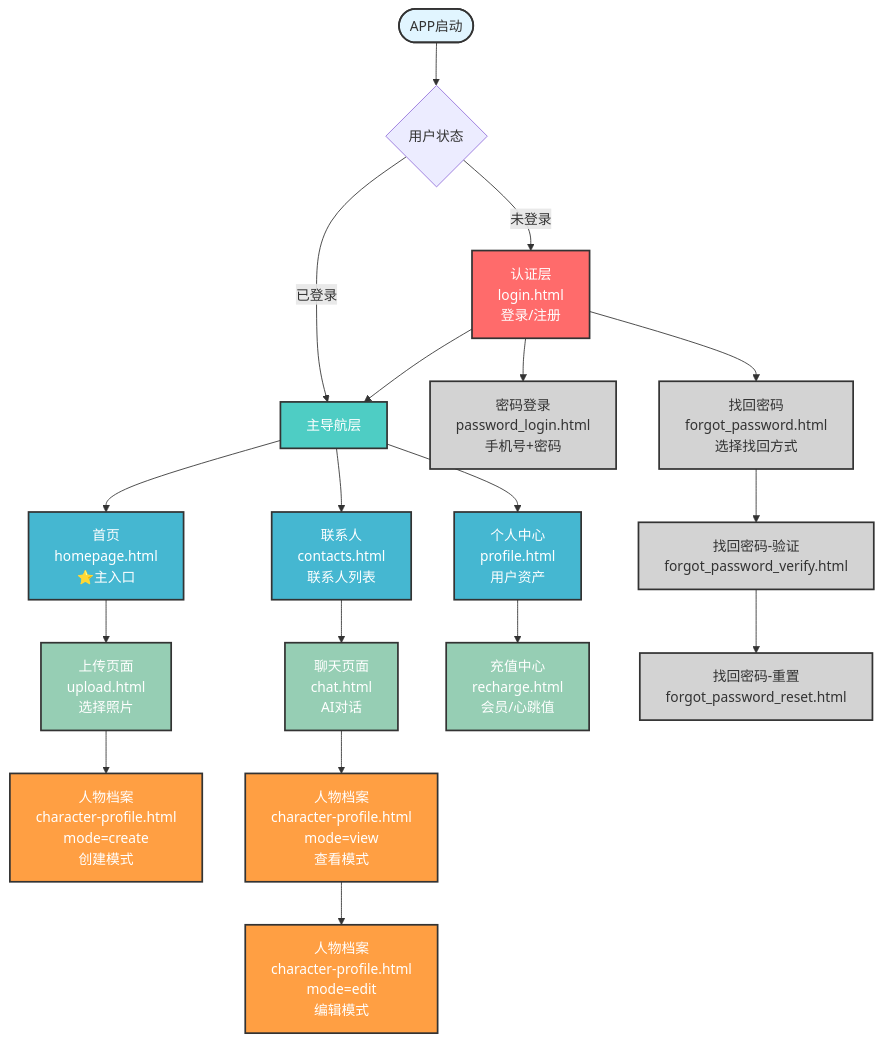
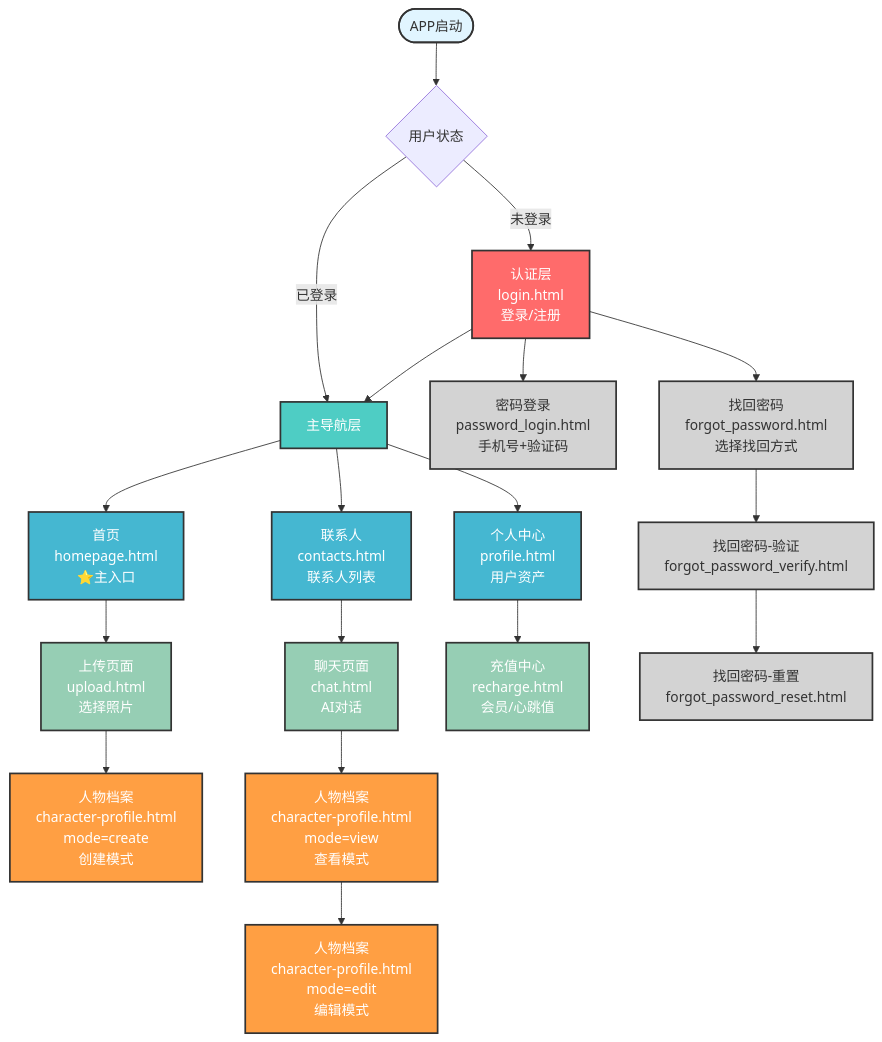
One commit to Cynthiafu9508/Yunyang changed the diagram in MVP页面层级图.md. Above: the diagram before and after it, drawn with Mermaid.

````diff
--- a/MVP页面层级图.md
+++ b/MVP页面层级图.md
@@ -12,44 +12,44 @@
 ```mermaid
 graph TD
     Start([APP启动]) --> Auth{用户状态}
     
     Auth -->|未登录| Login[认证层<br/>login.html<br/>登录/注册]
     Auth -->|已登录| MainNav[主导航层]
     
     Login --> MainNav
     
     MainNav --> Tab1[首页<br/>homepage.html<br/>⭐主入口]
     MainNav --> Tab2[联系人<br/>contacts.html<br/>联系人列表]
     MainNav --> Tab3[个人中心<br/>profile.html<br/>用户资产]
     
     Tab1 --> Upload[上传页面<br/>upload.html<br/>选择照片]
     Upload --> CharCreate[人物档案<br/>character-profile.html<br/>mode=create<br/>创建模式]
     
     Tab2 --> Chat[聊天页面<br/>chat.html<br/>AI对话]
     Chat --> CharView[人物档案<br/>character-profile.html<br/>mode=view<br/>查看模式]
     CharView --> CharEdit[人物档案<br/>character-profile.html<br/>mode=edit<br/>编辑模式]
     
     Tab3 --> Recharge[充值中心<br/>recharge.html<br/>会员/心跳值]
     
-    Login --> PasswordLogin[密码登录<br/>password_login.html<br/>手机号+密码]
+    Login --> PasswordLogin[密码登录<br/>password_login.html<br/>手机号+验证码]
     Login --> ForgotMain[找回密码<br/>forgot_password.html<br/>选择找回方式]
     ForgotMain --> Forgot1[找回密码-验证<br/>forgot_password_verify.html]
     Forgot1 --> Forgot2[找回密码-重置<br/>forgot_password_reset.html]
     
     style Start fill:#e1f5ff,stroke:#333,stroke-width:2px
     style Login fill:#ff6b6b,stroke:#333,stroke-width:2px,color:#fff
     style MainNav fill:#4ecdc4,stroke:#333,stroke-width:2px,color:#fff
     style Tab1 fill:#45b7d1,stroke:#333,stroke-width:2px,color:#fff
     style Tab2 fill:#45b7d1,stroke:#333,stroke-width:2px,color:#fff
     style Tab3 fill:#45b7d1,stroke:#333,stroke-width:2px,color:#fff
     style Upload fill:#96ceb4,stroke:#333,stroke-width:2px,color:#fff
     style Chat fill:#96ceb4,stroke:#333,stroke-width:2px,color:#fff
     style Recharge fill:#96ceb4,stroke:#333,stroke-width:2px,color:#fff
     style CharCreate fill:#ff9f43,stroke:#333,stroke-width:2px,color:#fff
     style CharView fill:#ff9f43,stroke:#333,stroke-width:2px,color:#fff
     style CharEdit fill:#ff9f43,stroke:#333,stroke-width:2px,color:#fff
     style PasswordLogin fill:#d3d3d3,stroke:#333,stroke-width:2px,color:#333
     style ForgotMain fill:#d3d3d3,stroke:#333,stroke-width:2px,color:#333
     style Forgot1 fill:#d3d3d3,stroke:#333,stroke-width:2px,color:#333
     style Forgot2 fill:#d3d3d3,stroke:#333,stroke-width:2px,color:#333
 ```
````
